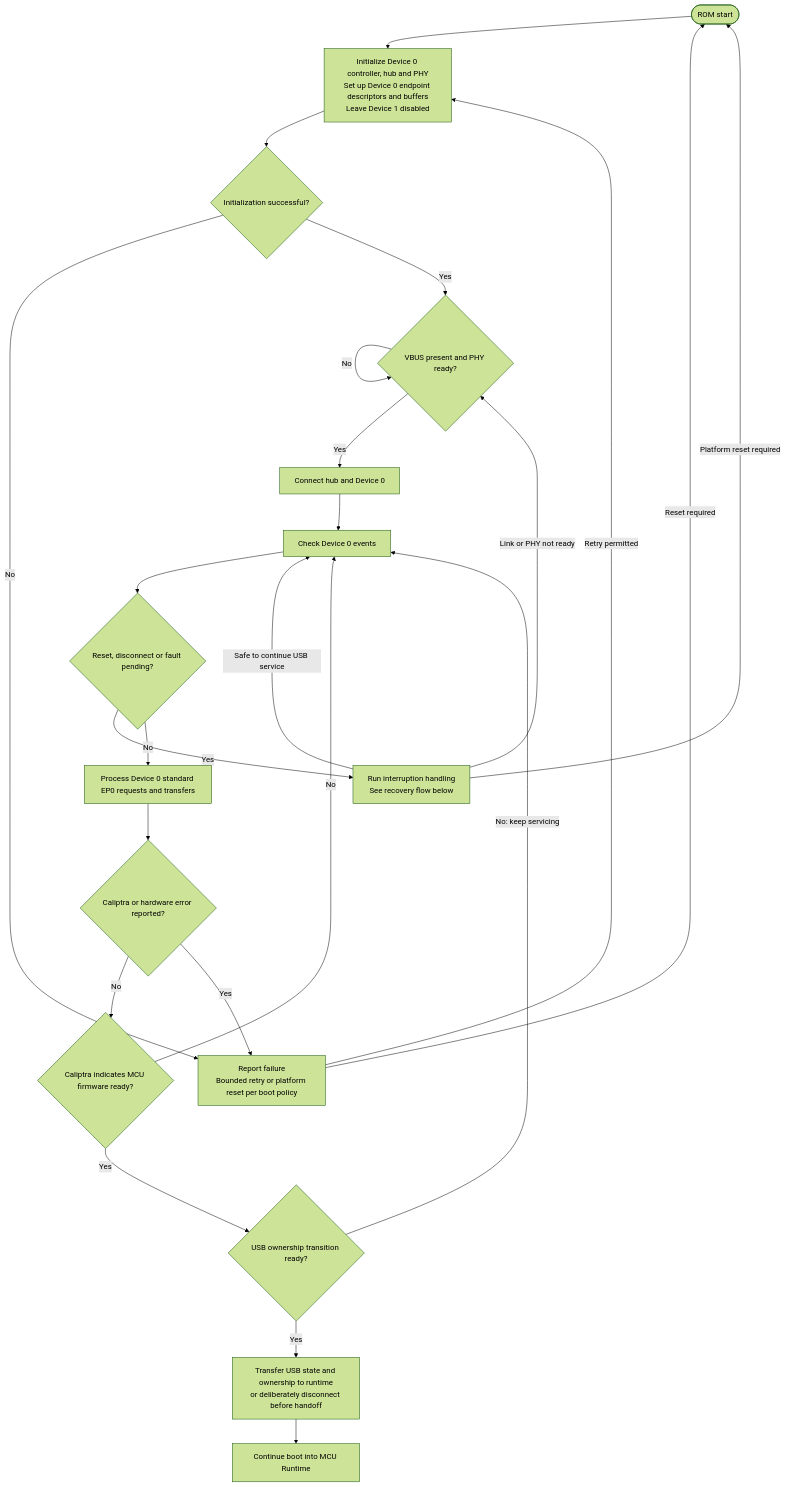
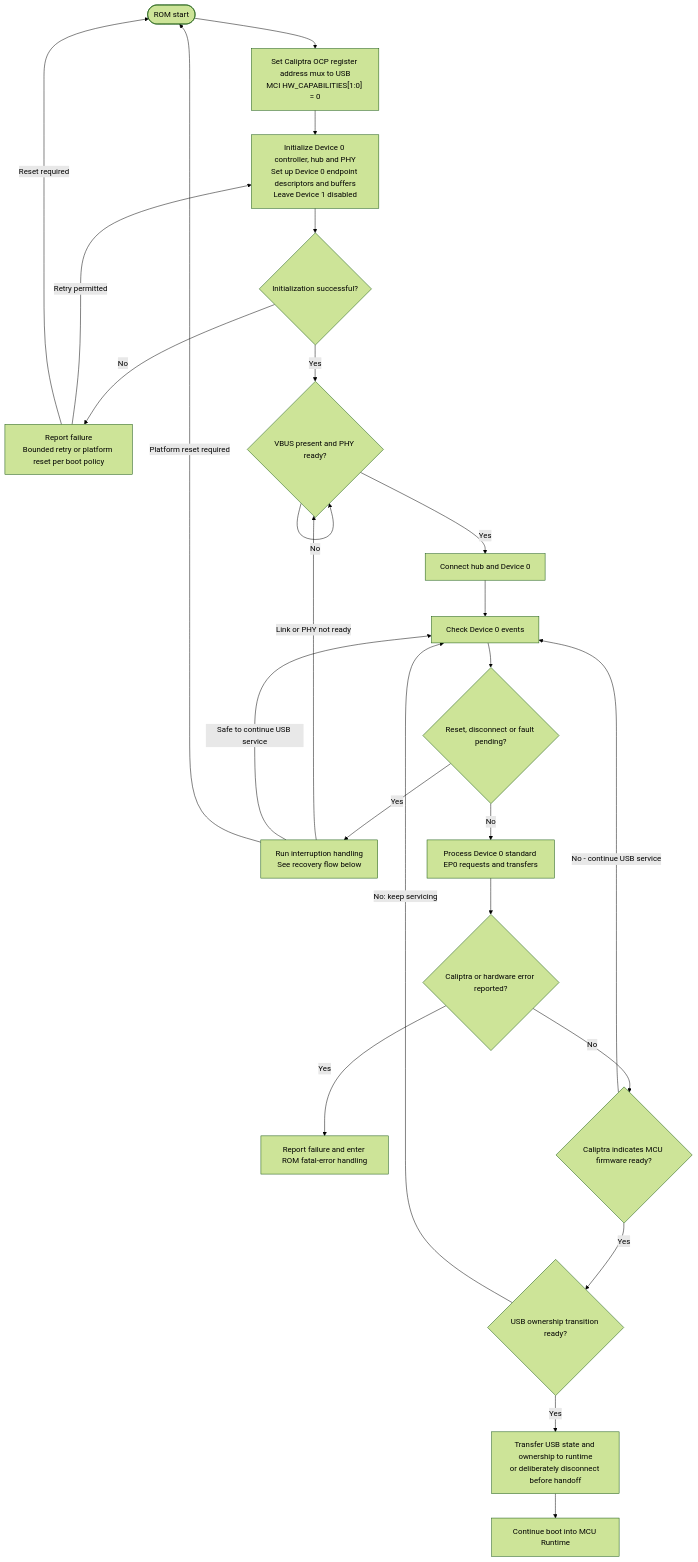
The sixth of 7 diagrams in docs/src/usb_recovery_emulation.md (chipsalliance/caliptra-mcu-sw), drawn with Mermaid (forest theme) before and after one commit. The commit also changed other lines of this file, not shown here.

First line of the commit message:
Clarify MCU ROM USB service and interruption flows

````diff
--- a/docs/src/usb_recovery_emulation.md
+++ b/docs/src/usb_recovery_emulation.md
@@ -667,37 +667,39 @@
 ```mermaid
 flowchart TD
     Start(["ROM start"])
+    Mux["Set Caliptra OCP register address mux to USB<br/>MCI HW_CAPABILITIES[1:0] = 0"]
     Init["Initialize Device 0 controller, hub and PHY<br/>Set up Device 0 endpoint descriptors and buffers<br/>Leave Device 1 disabled"]
     InitOK{"Initialization successful?"}
     InitFail["Report failure<br/>Bounded retry or platform reset per boot policy"]
     Attach{"VBUS present and PHY ready?"}
     Connect["Connect hub and Device 0"]
     Loop["Check Device 0 events"]
     Event{"Reset, disconnect or fault pending?"}
     Recover["Run interruption handling<br/>See recovery flow below"]
     EP0["Process Device 0 standard EP0 requests and transfers"]
     Check{"Caliptra or hardware error reported?"}
+    Fatal["Report failure and enter ROM fatal-error handling"]
     Ready{"Caliptra indicates MCU firmware ready?"}
     Handoff{"USB ownership transition ready?"}
     Transfer["Transfer USB state and ownership to runtime<br/>or deliberately disconnect before handoff"]
     Run["Continue boot into MCU Runtime"]
 
-    Start --> Init --> InitOK
+    Start --> Mux --> Init --> InitOK
     InitOK -->|No| InitFail
     InitFail -->|Retry permitted| Init
     InitFail -->|Reset required| Start
     InitOK -->|Yes| Attach
     Attach -->|No| Attach
     Attach -->|Yes| Connect --> Loop --> Event
     Event -->|Yes| Recover
     Recover -->|Link or PHY not ready| Attach
     Recover -->|Safe to continue USB service| Loop
     Recover -->|Platform reset required| Start
     Event -->|No| EP0 --> Check
     Check -->|No| Ready
-    Check -->|Yes| InitFail
-    Ready -->|No| Loop
+    Check -->|Yes| Fatal
+    Ready -->|No - continue USB service| Loop
     Ready -->|Yes| Handoff
     Handoff -->|No: keep servicing| Loop
     Handoff -->|Yes| Transfer --> Run
 ```
````
